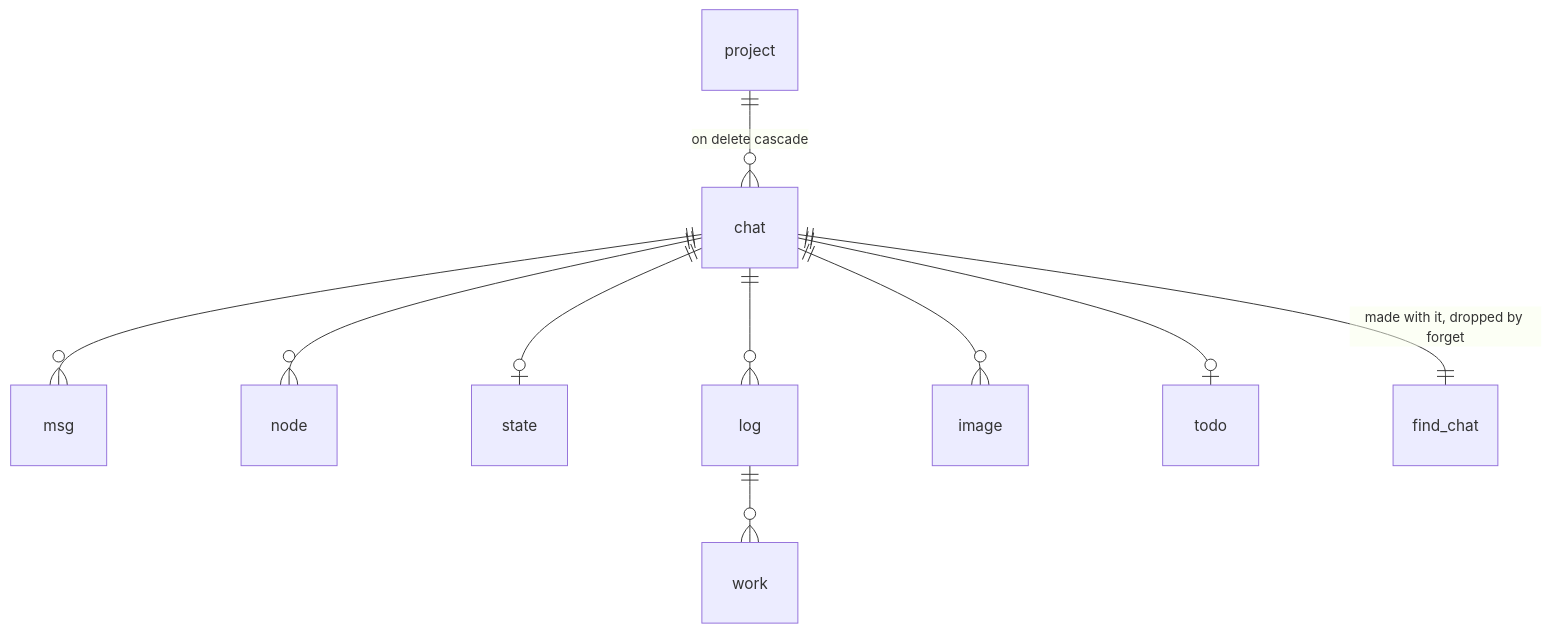
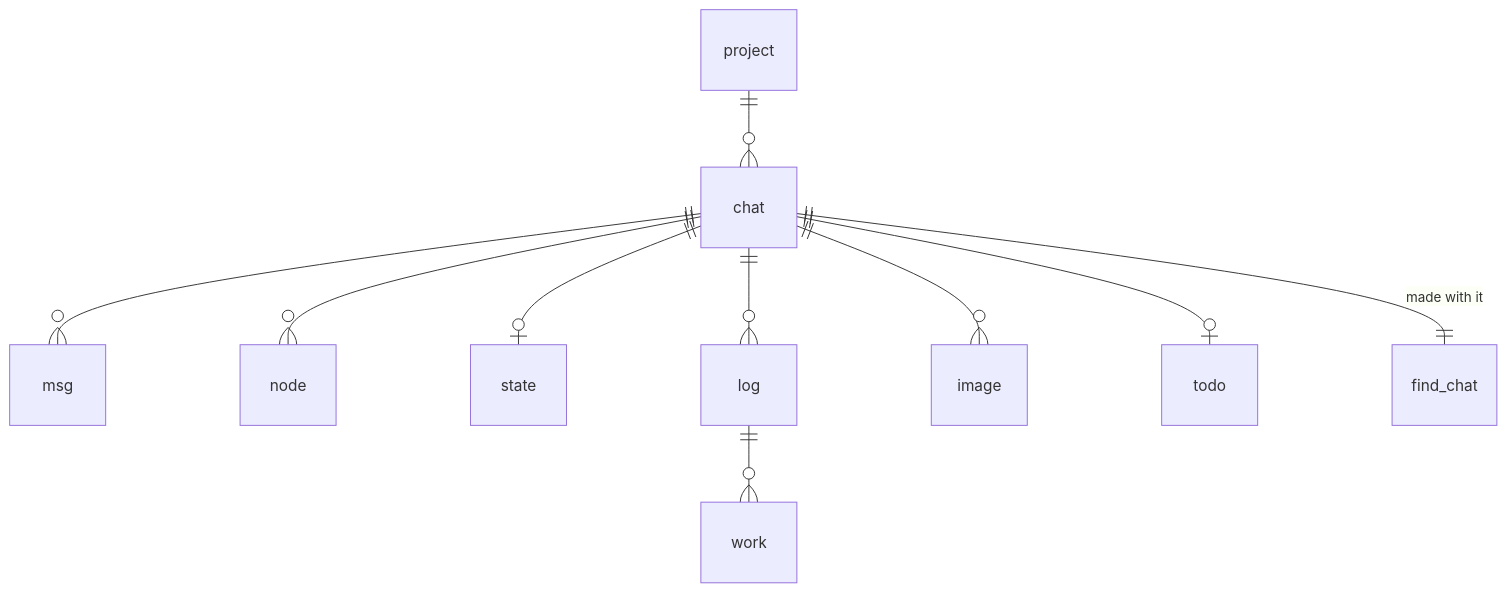
Before and after one commit to 4our4ace/illimitable-chat: the first of 4 diagrams in docs/storage.md, drawn with Mermaid. The commit also changed other lines of this file and 16 other files, not shown here.

````diff
--- a/docs/storage.md
+++ b/docs/storage.md
@@ -110,12 +119,12 @@
 ```mermaid
 erDiagram
-  project ||--o{ chat : "on delete cascade"
+  project ||--o{ chat : ""
   chat ||--o{ msg : ""
   chat ||--o{ node : ""
   chat ||--o| state : ""
   chat ||--o{ log : ""
   log ||--o{ work : ""
   chat ||--o{ image : ""
   chat ||--o| todo : ""
-  chat ||--|| find_chat : "made with it, dropped by forget"
+  chat ||--|| find_chat : "made with it"
 ```
````
